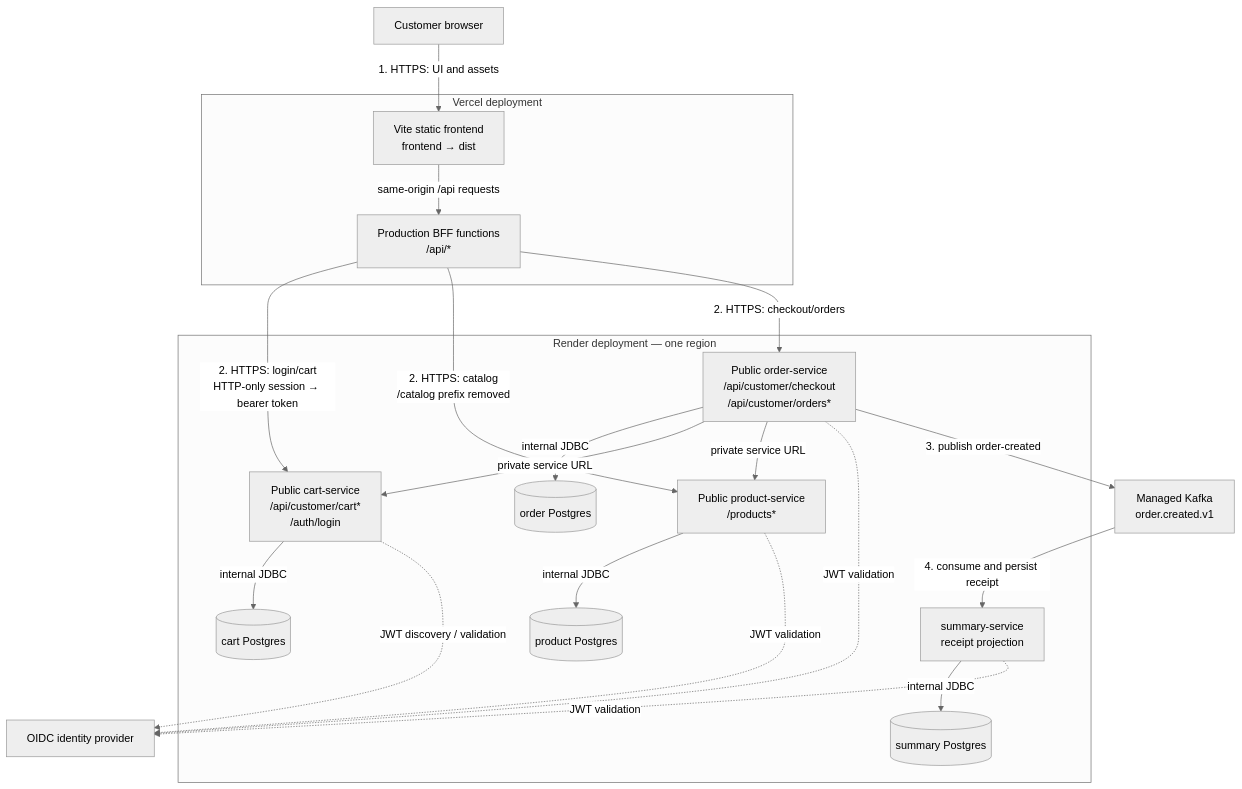
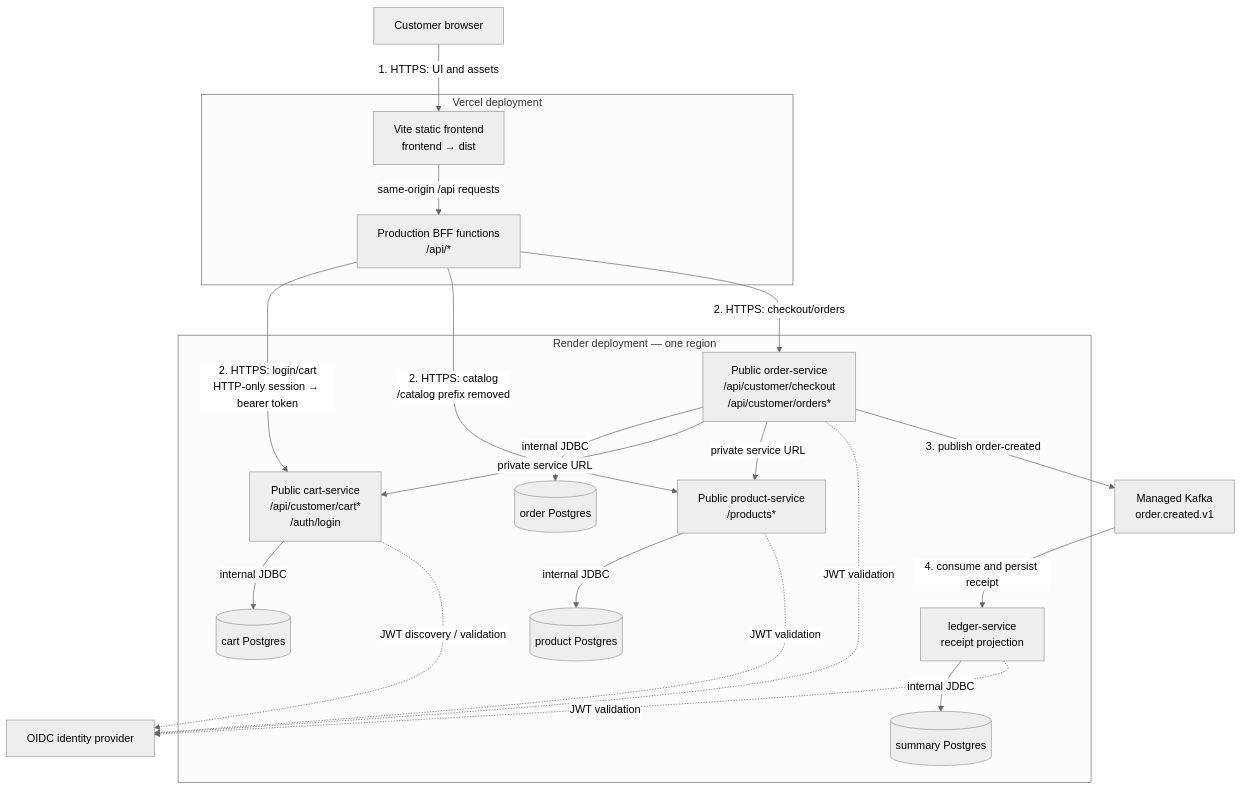
The diagram in docs/DEPLOYMENT_RENDER_VERCEL.md (tukue/grocery-microservices), drawn with Mermaid (neutral theme) before and after one commit. The commit also changed other lines of this file and 63 other files, not shown here.

First line of the commit message:
Feature/rename summary to ledger service (#76)

````diff
--- a/docs/DEPLOYMENT_RENDER_VERCEL.md
+++ b/docs/DEPLOYMENT_RENDER_VERCEL.md
@@ -9,43 +9,43 @@
 ```mermaid
 flowchart TB
   Browser[Customer browser]
   IdP[OIDC identity provider]
 
   subgraph Vercel["Vercel deployment"]
     Static["Vite static frontend\nfrontend → dist"]
     Bff["Production BFF functions\n/api/*"]
     Static -->|same-origin /api requests| Bff
   end
 
   subgraph Render["Render deployment — one region"]
     Cart["Public cart-service\n/api/customer/cart*\n/auth/login"]
     Product["Public product-service\n/products*"]
     Order["Public order-service\n/api/customer/checkout\n/api/customer/orders*"]
-    Summary["summary-service\nreceipt projection"]
+    Summary["ledger-service\nreceipt projection"]
 
     CartDb[(cart Postgres)]
     ProductDb[(product Postgres)]
     OrderDb[(order Postgres)]
     SummaryDb[(summary Postgres)]
 
     Cart -->|internal JDBC| CartDb
     Product -->|internal JDBC| ProductDb
     Order -->|internal JDBC| OrderDb
     Summary -->|internal JDBC| SummaryDb
     Order -->|private service URL| Cart
     Order -->|private service URL| Product
   end
 
   Kafka[Managed Kafka\norder.created.v1]
 
   Browser -->|1. HTTPS: UI and assets| Static
   Bff -->|2. HTTPS: login/cart\nHTTP-only session → bearer token| Cart
   Bff -->|2. HTTPS: catalog\n/catalog prefix removed| Product
   Bff -->|2. HTTPS: checkout/orders| Order
   Cart -.->|JWT discovery / validation| IdP
   Product -.->|JWT validation| IdP
   Order -.->|JWT validation| IdP
   Summary -.->|JWT validation| IdP
   Order -->|3. publish order-created| Kafka
   Kafka -->|4. consume and persist receipt| Summary
 ```
````
